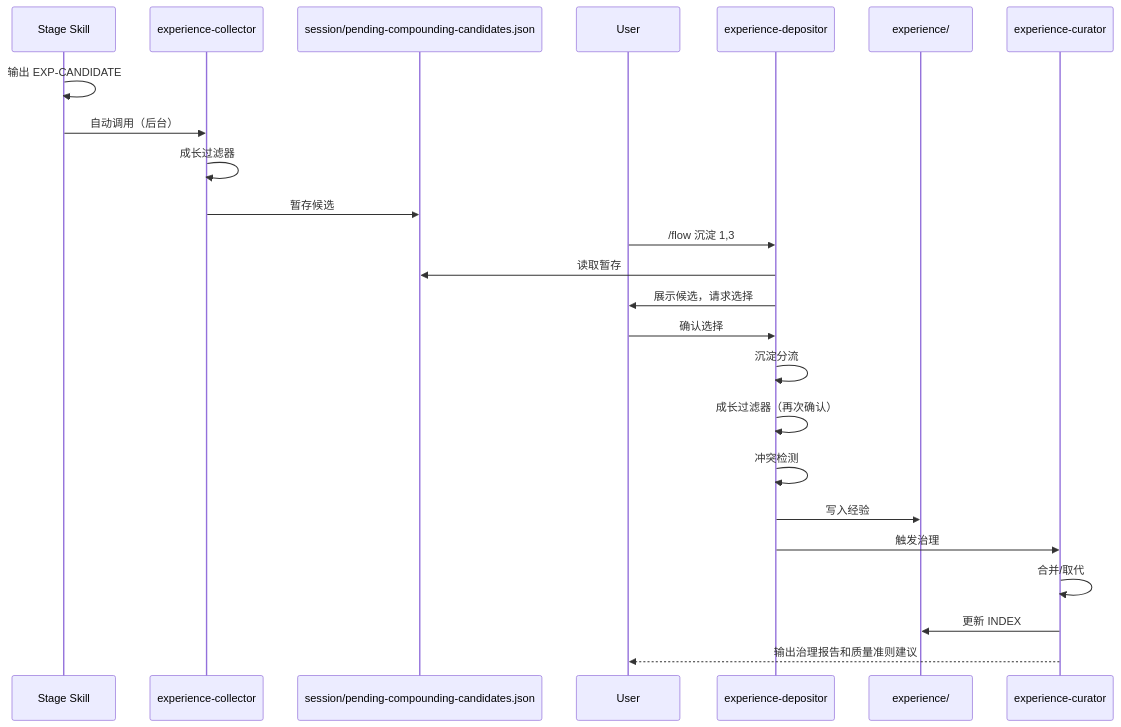
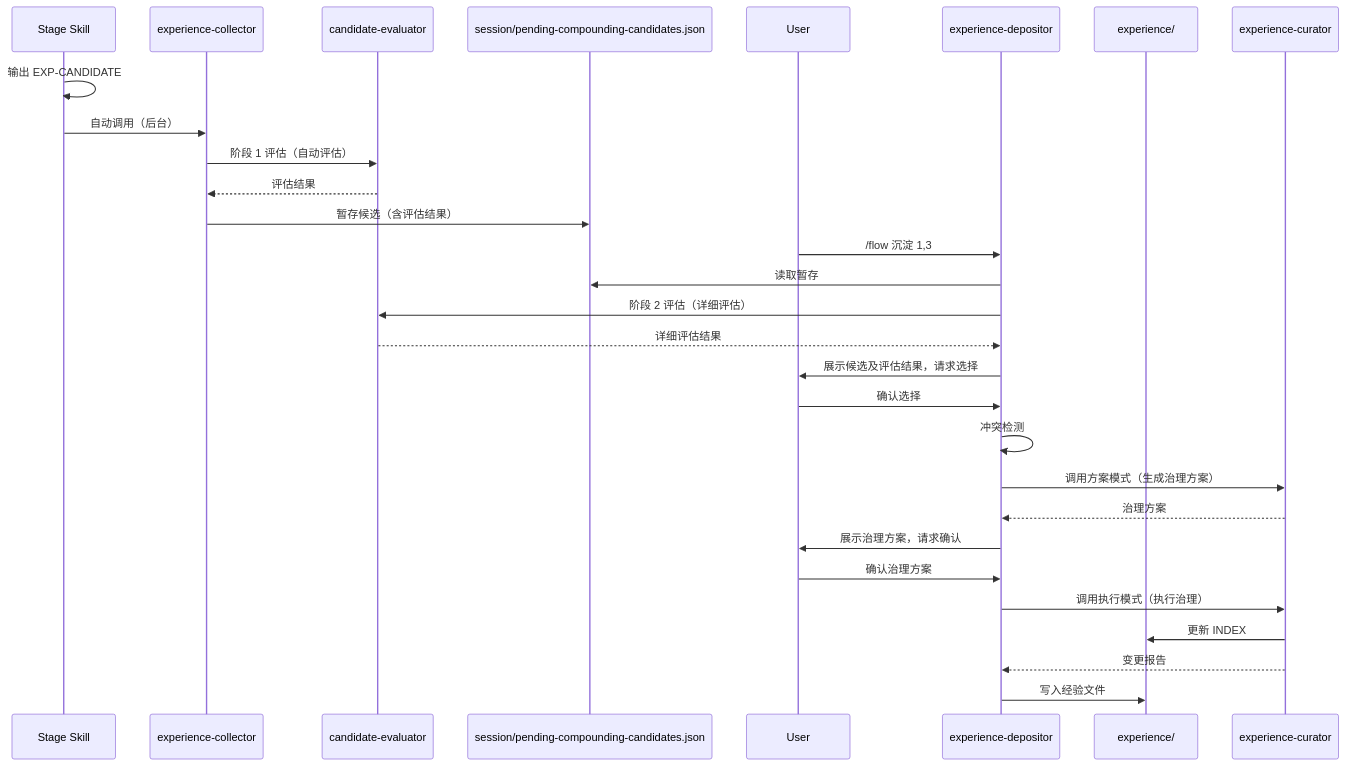
The diagram in docs/02-design/knowledge-compounding.md (tower1229/LingXi), drawn with Mermaid before and after one commit. The commit also changed other lines of this file and 12 other files, not shown here.

````diff
--- a/docs/02-design/knowledge-compounding.md
+++ b/docs/02-design/knowledge-compounding.md
@@ -9,27 +9,32 @@
 ```mermaid
 sequenceDiagram
     participant Skill as Stage Skill
     participant Collector as experience-collector
+    participant Evaluator as candidate-evaluator
     participant Session as session/pending-compounding-candidates.json
     participant User
     participant Depositor as experience-depositor
     participant Experience as experience/
     participant Curator as experience-curator
     
     Skill->>Skill: 输出 EXP-CANDIDATE
     Skill->>Collector: 自动调用（后台）
-    Collector->>Collector: 成长过滤器
-    Collector->>Session: 暂存候选
+    Collector->>Evaluator: 阶段 1 评估（自动评估）
+    Evaluator-->>Collector: 评估结果
+    Collector->>Session: 暂存候选（含评估结果）
     User->>Depositor: /flow 沉淀 1,3
     Depositor->>Session: 读取暂存
-    Depositor->>User: 展示候选，请求选择
+    Depositor->>Evaluator: 阶段 2 评估（详细评估）
+    Evaluator-->>Depositor: 详细评估结果
+    Depositor->>User: 展示候选及评估结果，请求选择
     User->>Depositor: 确认选择
-    Depositor->>Depositor: 沉淀分流
-    Depositor->>Depositor: 成长过滤器（再次确认）
     Depositor->>Depositor: 冲突检测
-    Depositor->>Experience: 写入经验
-    Depositor->>Curator: 触发治理
-    Curator->>Curator: 合并/取代
+    Depositor->>Curator: 调用方案模式（生成治理方案）
+    Curator-->>Depositor: 治理方案
+    Depositor->>User: 展示治理方案，请求确认
+    User->>Depositor: 确认治理方案
+    Depositor->>Curator: 调用执行模式（执行治理）
     Curator->>Experience: 更新 INDEX
-    Curator-->>User: 输出治理报告和质量准则建议
+    Curator-->>Depositor: 变更报告
+    Depositor->>Experience: 写入经验文件
 ```
````
